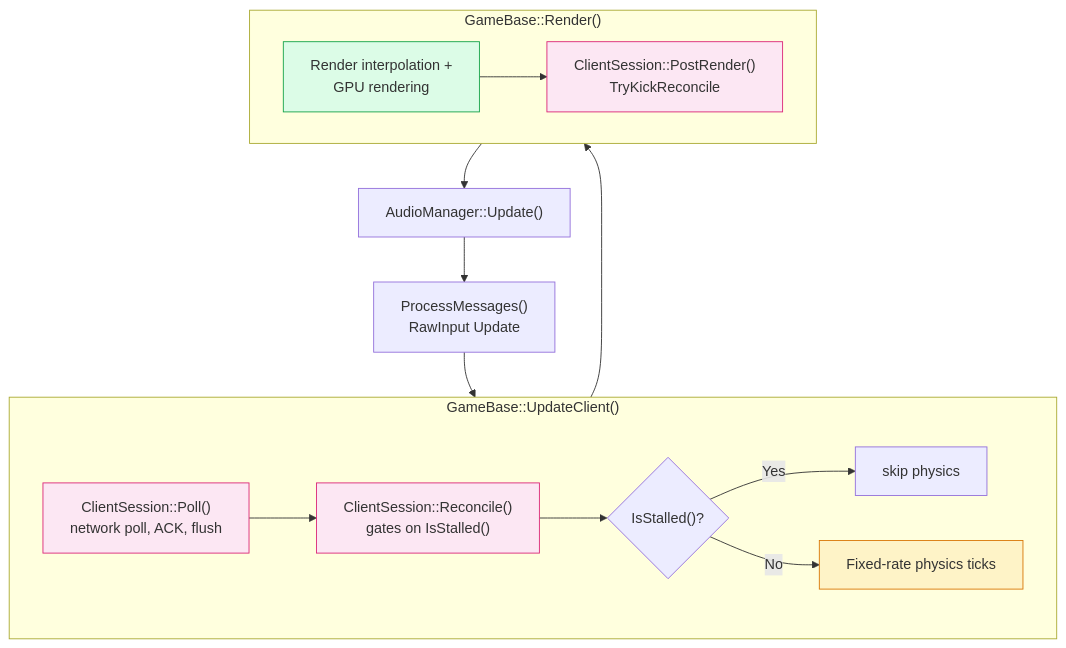
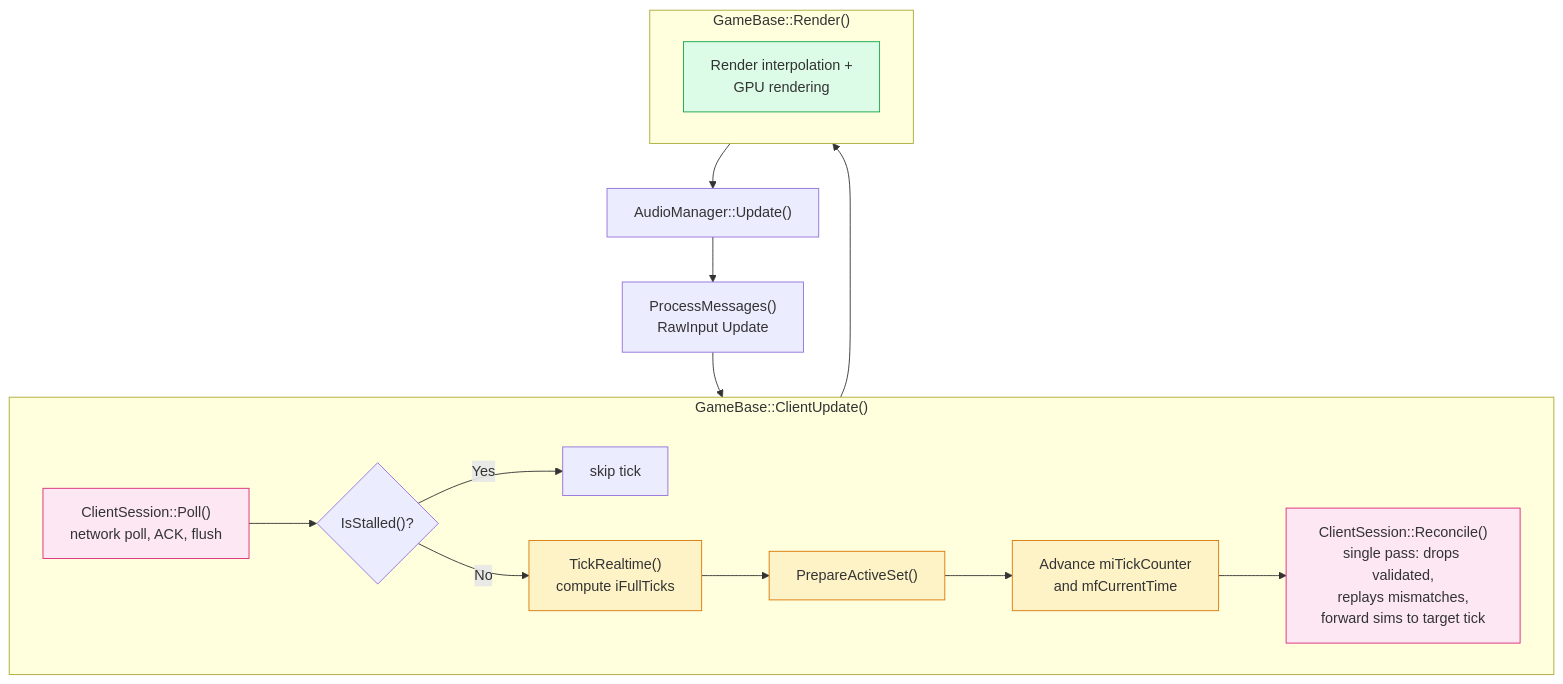
One commit to DougTanner/BrokenEnginePublic changed the third of 5 diagrams in Documents/Architecture/GameReconciliation.md. Above: the diagram before and after it, drawn with Mermaid. The commit also changed other lines of this file and 45 other files, not shown here.

````diff
--- a/Documents/Architecture/GameReconciliation.md
+++ b/Documents/Architecture/GameReconciliation.md
@@ -124,36 +88,34 @@
 ```mermaid
 %%{init: {'theme': 'default'}}%%
 flowchart TD
     classDef network fill:#dbeafe,stroke:#3b82f6
     classDef physics fill:#fef3c7,stroke:#d97706
     classDef render fill:#dcfce7,stroke:#16a34a
     classDef reconcile fill:#fce7f3,stroke:#db2777
 
     MSG["ProcessMessages()<br/>RawInput Update"] --> TICK_FRAMES
 
-    subgraph TICK_FRAMES ["GameBase::UpdateClient()"]
+    subgraph TICK_FRAMES ["GameBase::ClientUpdate()"]
         POLL["ClientSession::Poll()<br/>network poll, ACK, flush"]:::reconcile
 
-        RECONCILE_STEP["ClientSession::Reconcile()<br/>gates on IsStalled()"]:::reconcile
-        POLL --> RECONCILE_STEP
+        STALL_CHECK{"IsStalled()?"}
+        POLL --> STALL_CHECK
+        STALL_CHECK -->|"Yes"| EARLY_RETURN["skip tick"]
 
-        STALL_CHECK{"IsStalled()?"}
-        RECONCILE_STEP --> STALL_CHECK
-        STALL_CHECK -->|"Yes"| EARLY_RETURN["skip physics"]
+        TICK["TickRealtime()<br/>compute iFullTicks"]:::physics
+        PREPARE_ACTIVE["PrepareActiveSet()"]:::physics
+        ADVANCE["Advance miTickCounter<br/>and mfCurrentTime"]:::physics
+        RECONCILE_STEP["ClientSession::Reconcile()<br/>single pass: drops validated,<br/>replays mismatches,<br/>forward sims to target tick"]:::reconcile
 
-        PHYSICS["Fixed-rate physics ticks"]:::physics
-
-        STALL_CHECK -->|"No"| PHYSICS
+        STALL_CHECK -->|"No"| TICK --> PREPARE_ACTIVE --> ADVANCE --> RECONCILE_STEP
     end
 
     subgraph RENDER_METHOD ["GameBase::Render()"]
         RENDER["Render interpolation +<br/>GPU rendering"]:::render
-        POST_RENDER["ClientSession::PostRender()<br/>TryKickReconcile"]:::reconcile
-        RENDER --> POST_RENDER
     end
 
     AUDIO["AudioManager::Update()"]
 
     TICK_FRAMES --> RENDER_METHOD --> AUDIO
     AUDIO --> MSG
 ```
````
